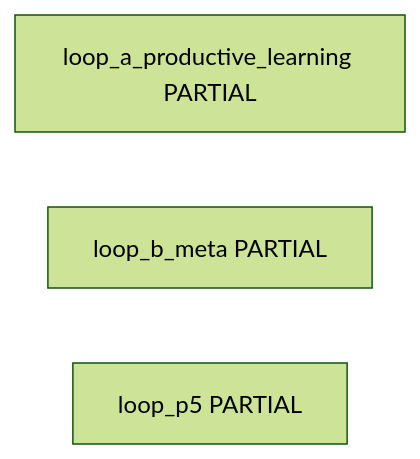
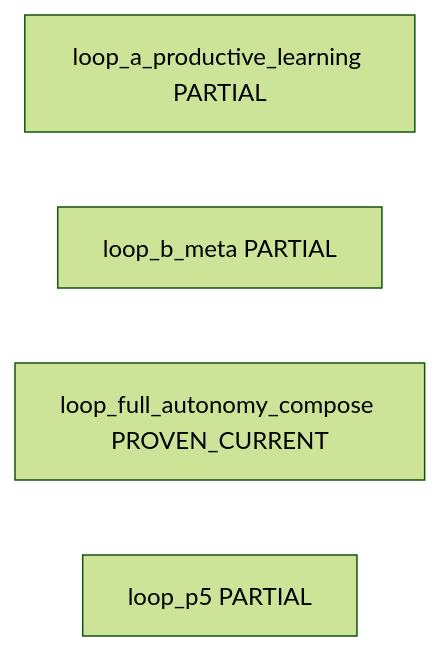
One commit to rauterfrank-ui/Peak_Trade changed the diagram in docs/governance/current_system_interaction_authority_map_v1/generated/loop_backflow_v1.md. Above: the diagram before and after it, drawn with Mermaid (forest theme). The commit also changed other lines of this file and 10 other files, not shown here.

````diff
--- a/docs/governance/current_system_interaction_authority_map_v1/generated/loop_backflow_v1.md
+++ b/docs/governance/current_system_interaction_authority_map_v1/generated/loop_backflow_v1.md
@@ -7,6 +7,7 @@
 ```mermaid
 flowchart LR
   loop_a_productive_learning["loop_a_productive_learning PARTIAL"]
   loop_b_meta["loop_b_meta PARTIAL"]
+  loop_full_autonomy_compose["loop_full_autonomy_compose PROVEN_CURRENT"]
   loop_p5["loop_p5 PARTIAL"]
 ```
````
